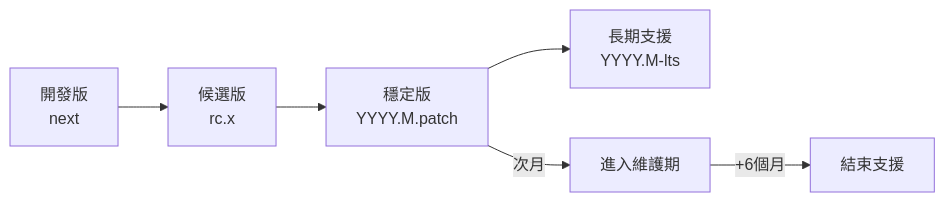
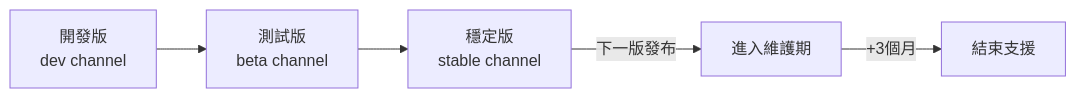
One commit to chihhung/Blog changed diagram 32 of 51 in content/posts/教學/AI開發/OpenClaw生態系教學手冊.md. Above: the diagram before and after it, drawn with Mermaid. The commit also changed other lines of this file, not shown here.

````diff
--- a/content/posts/教學/AI開發/OpenClaw生態系教學手冊.md
+++ b/content/posts/教學/AI開發/OpenClaw生態系教學手冊.md
@@ -5210,9 +5381,8 @@
 ```mermaid
 graph LR
-    DEV[開發版<br>next] --> RC[候選版<br>rc.x]
-    RC --> STABLE[穩定版<br>YYYY.M.patch]
-    STABLE --> LTS[長期支援<br>YYYY.M-lts]
+    DEV[開發版<br>dev channel] --> BETA[測試版<br>beta channel]
+    BETA --> STABLE[穩定版<br>stable channel]
     
-    STABLE -->|次月| EOL[進入維護期]
-    EOL -->|+6個月| UNSUP[結束支援]
+    STABLE -->|下一版發布| MAINT[進入維護期]
+    MAINT -->|+3個月| UNSUP[結束支援]
 ```
````
